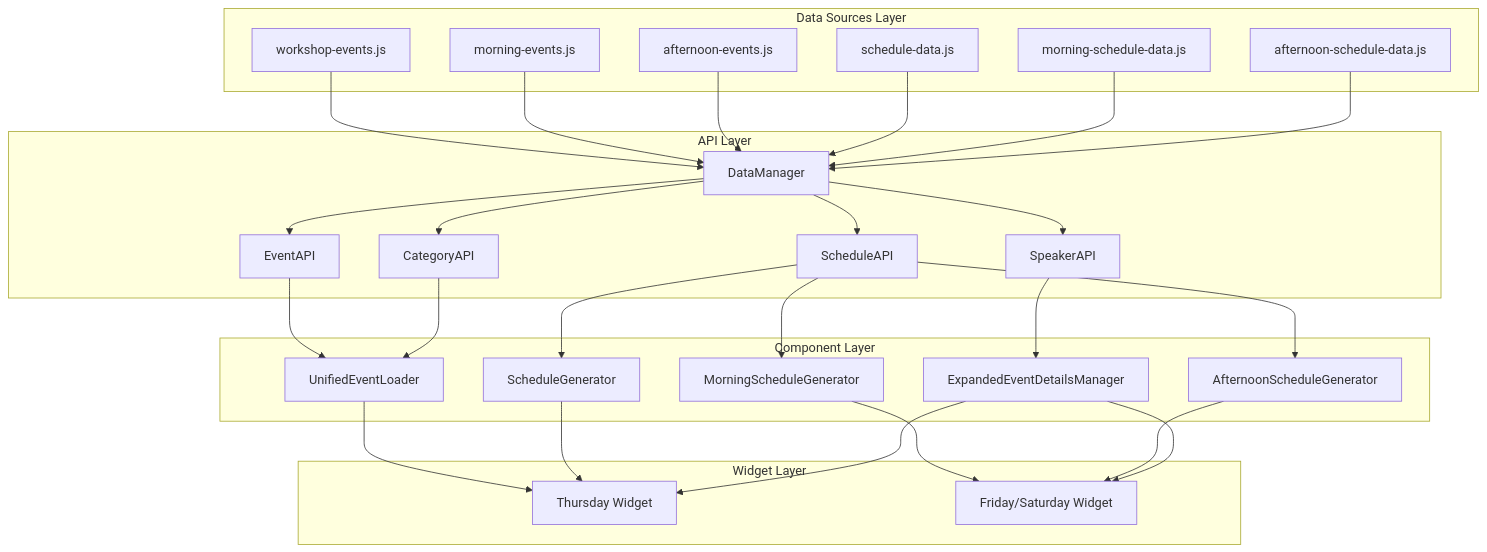
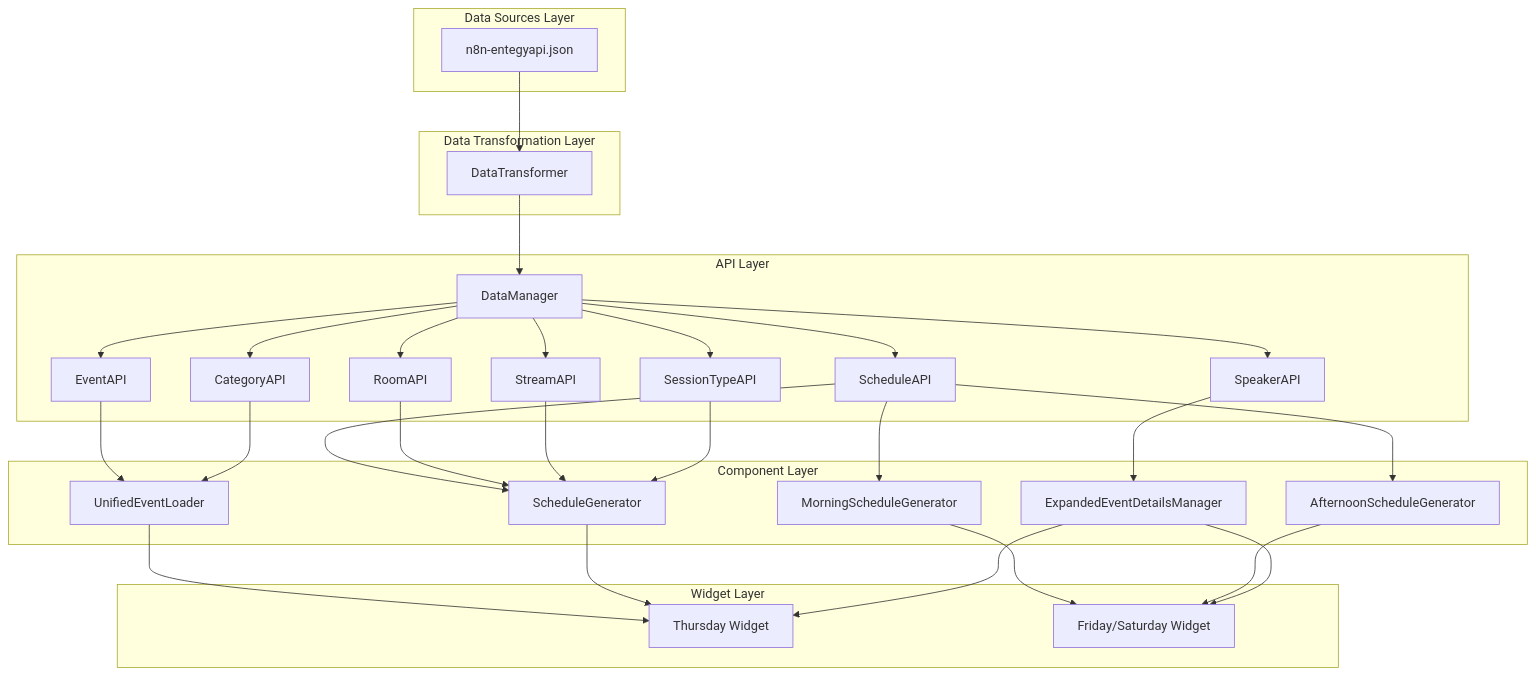
The diagram in html/nzgdc-widget/docs/tasks/EVENTS_SCHEDULE_API_ARCHITECTURE_PLAN.md (foxdst/nzgdc_2025), drawn with Mermaid before and after one commit. The commit also changed other lines of this file and 2 other files, not shown here.

Commit message:
Updated API Documentation

````diff
--- a/html/nzgdc-widget/docs/tasks/EVENTS_SCHEDULE_API_ARCHITECTURE_PLAN.md
+++ b/html/nzgdc-widget/docs/tasks/EVENTS_SCHEDULE_API_ARCHITECTURE_PLAN.md
@@ -40,58 +46,62 @@
 ```mermaid
 graph TB
     subgraph "Data Sources Layer"
-        WE[workshop-events.js]
-        ME[morning-events.js]
-        AE[afternoon-events.js]
-        SD[schedule-data.js]
-        MSD[morning-schedule-data.js]
-        ASD[afternoon-schedule-data.js]
+        API[n8n-entegyapi.json]
+    end
+
+    subgraph "Data Transformation Layer"
+        DT[DataTransformer]
     end
 
     subgraph "API Layer"
         EA[EventAPI]
         SA[ScheduleAPI]
         SpA[SpeakerAPI]
         CA[CategoryAPI]
+        RA[RoomAPI]
+        StA[StreamAPI]
+        SeTA[SessionTypeAPI]
         DM[DataManager]
     end
 
     subgraph "Component Layer"
         UEL[UnifiedEventLoader]
         SG[ScheduleGenerator]
         MSG[MorningScheduleGenerator]
         ASG[AfternoonScheduleGenerator]
         EEDM[ExpandedEventDetailsManager]
     end
 
     subgraph "Widget Layer"
         TW[Thursday Widget]
         FSW[Friday/Saturday Widget]
     end
 
-    WE --> DM
-    ME --> DM
-    AE --> DM
-    SD --> DM
-    MSD --> DM
-    ASD --> DM
+    API --> DT
+    DT --> DM
 
     DM --> EA
     DM --> SA
     DM --> SpA
     DM --> CA
+    DM --> RA
+    DM --> StA
+    DM --> SeTA
 
     EA --> UEL
     SA --> SG
     SA --> MSG
     SA --> ASG
     SpA --> EEDM
     CA --> UEL
+    RA --> SG
+    StA --> SG
+    SeTA --> SG
 
     UEL --> TW
     SG --> TW
     MSG --> FSW
     ASG --> FSW
     EEDM --> TW
     EEDM --> FSW
 ```
````
